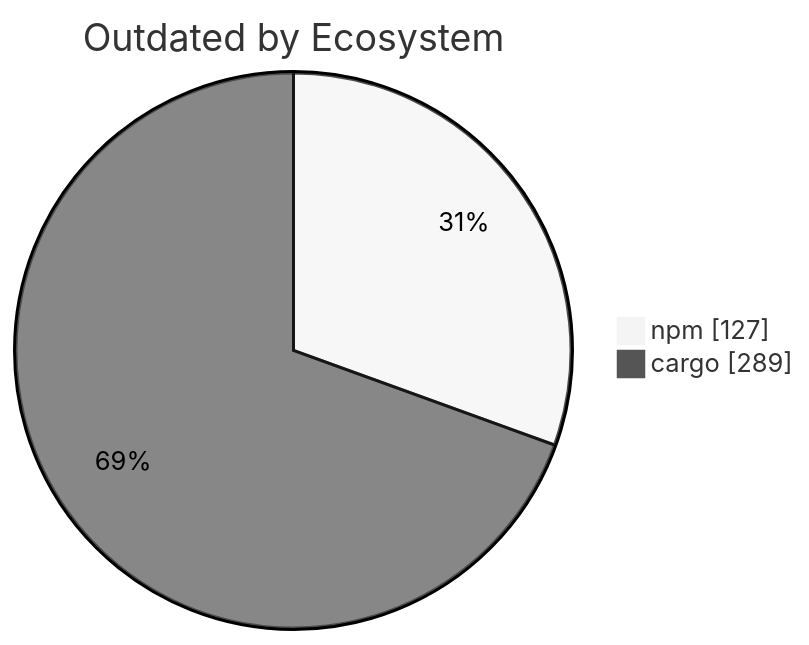
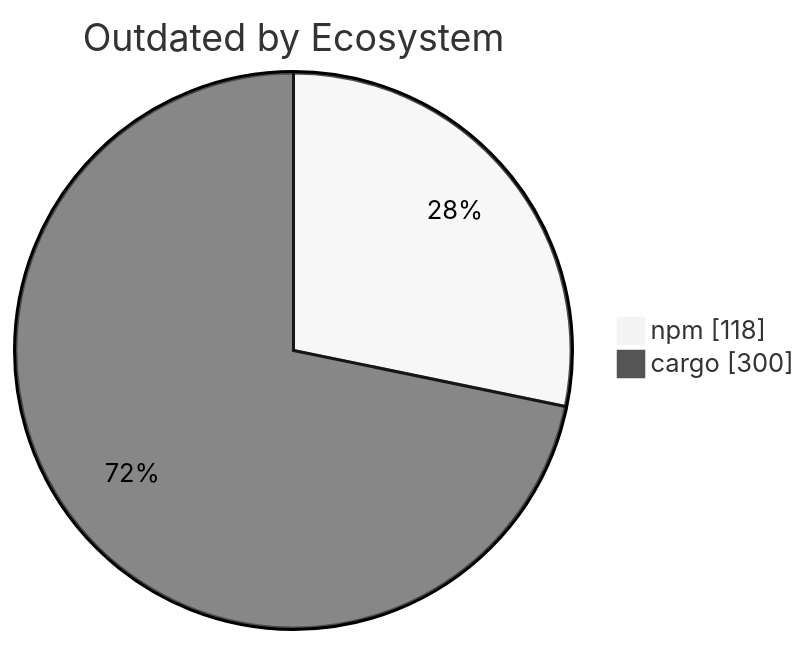
Before and after one commit to KBVE/kbve: the diagram in apps/kbve/astro-kbve/src/content/docs/dashboard/deps.mdx, drawn with Mermaid (neutral theme). The commit also changed other lines of this file and 1 other file, not shown here.

````diff
--- a/apps/kbve/astro-kbve/src/content/docs/dashboard/deps.mdx
+++ b/apps/kbve/astro-kbve/src/content/docs/dashboard/deps.mdx
@@ -109,6 +109,6 @@
 ```mermaid
 pie showData
     title Outdated by Ecosystem
-    "npm" : 127
-    "cargo" : 289
+    "npm" : 118
+    "cargo" : 300
 ```
````
